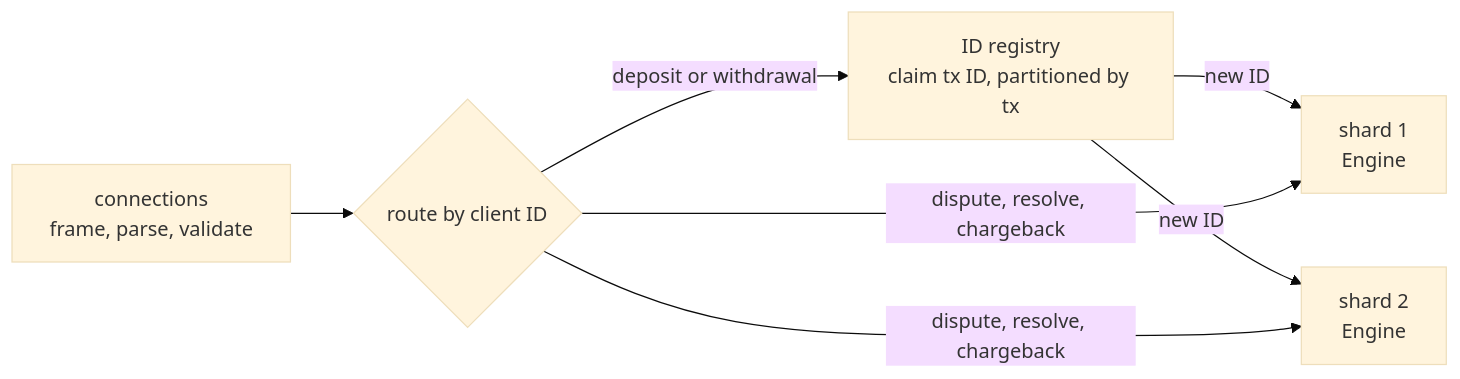
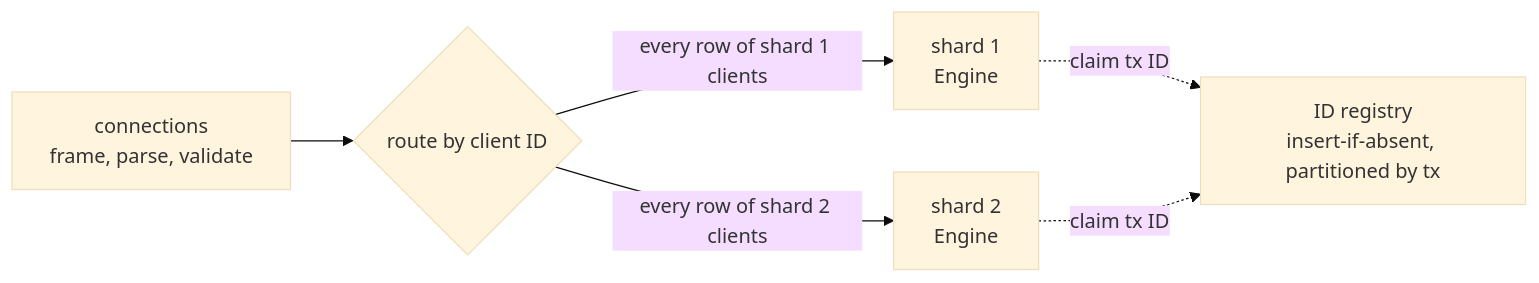
The fourth of 4 diagrams in docs/decisions/0011-architecture-and-memory.md (alonsosolano/rust-transactions-practice), drawn with Mermaid (base theme) before and after one commit. The commit also changed other lines of this file, not shown here.

First line of the commit message:
docs(adr): qualify cost, crash, and shard guarantees in ADR-0011

````diff
--- a/docs/decisions/0011-architecture-and-memory.md
+++ b/docs/decisions/0011-architecture-and-memory.md
@@ -235,9 +243,8 @@
 ```mermaid
 flowchart LR
     c["connections<br/>frame, parse, validate"] --> r{"route by client ID"}
-    r -->|deposit or withdrawal| reg["ID registry<br/>claim tx ID, partitioned by tx"]
-    reg -->|new ID| s1
-    reg -->|new ID| s2
-    r -->|dispute, resolve, chargeback| s1["shard 1<br/>Engine"]
-    r -->|dispute, resolve, chargeback| s2["shard 2<br/>Engine"]
+    r -->|every row of shard 1 clients| s1["shard 1<br/>Engine"]
+    r -->|every row of shard 2 clients| s2["shard 2<br/>Engine"]
+    s1 -.->|claim tx ID| reg["ID registry<br/>insert-if-absent, partitioned by tx"]
+    s2 -.->|claim tx ID| reg
 ```
````
